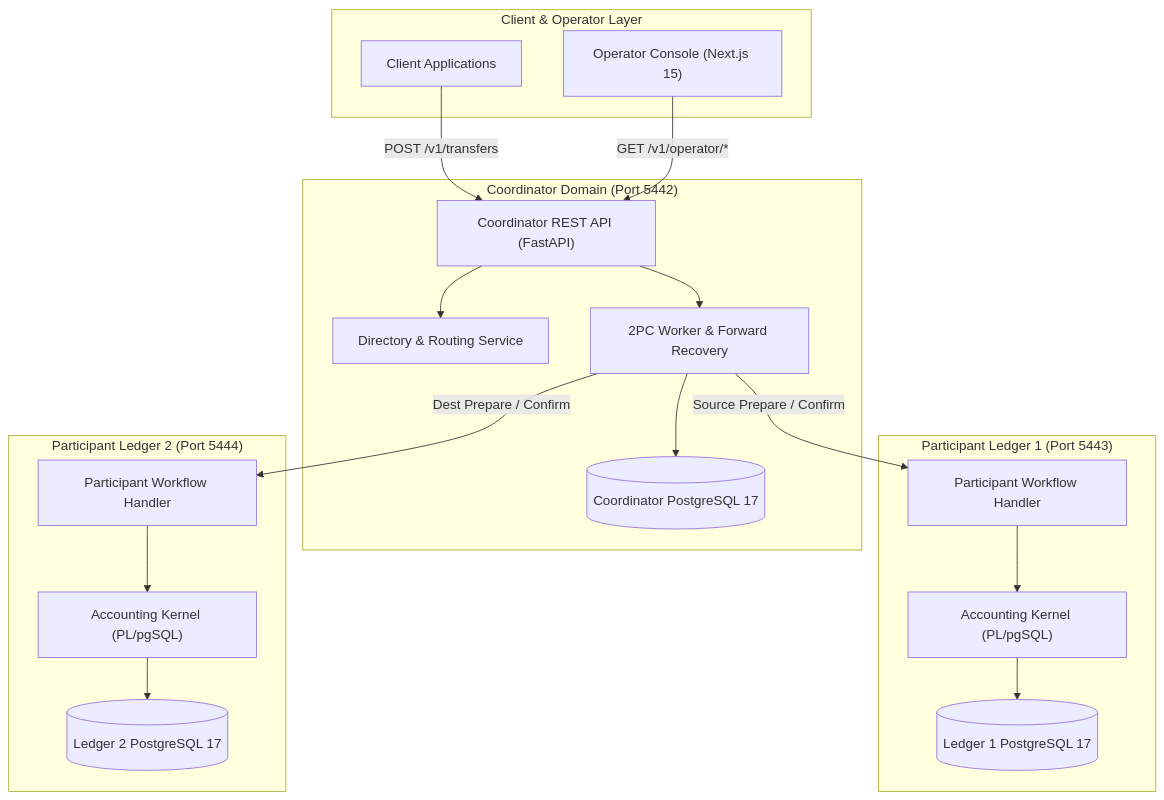
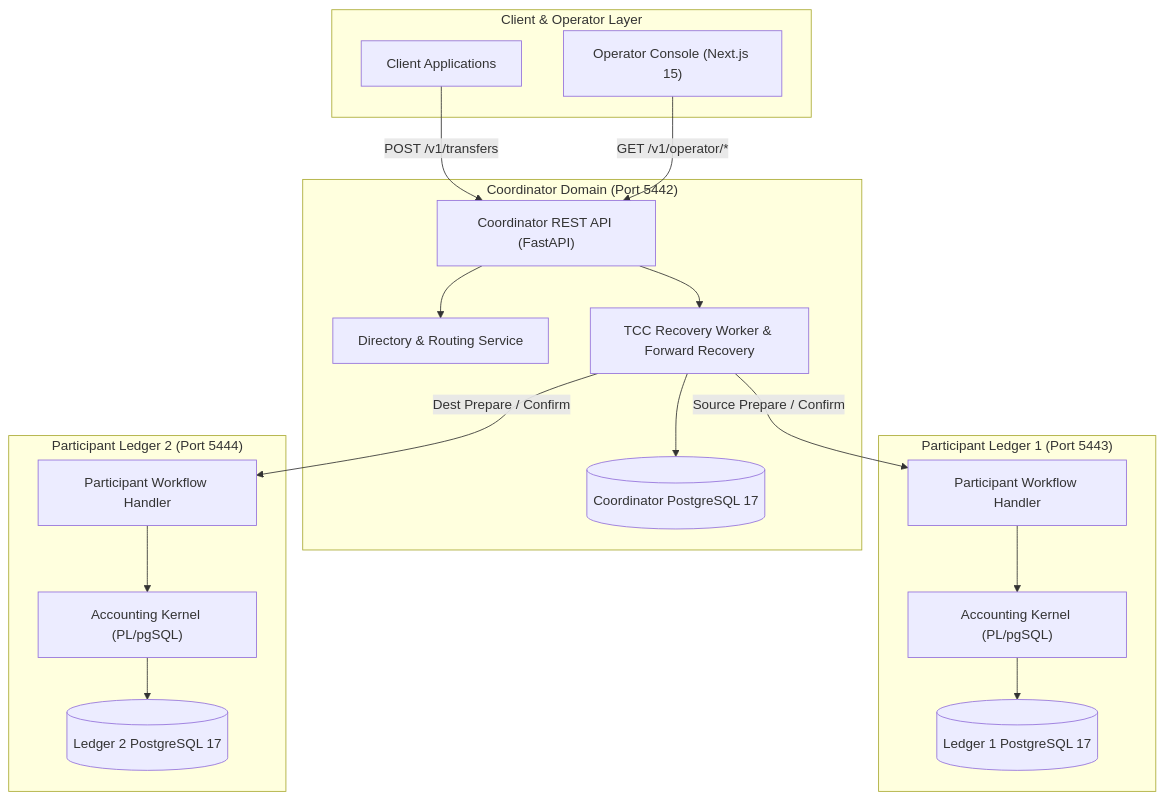
The diagram in docs/architecture/system_architecture.md (simply-mihir/LedgerGuard), drawn with Mermaid before and after one commit. The commit also changed other lines of this file and 16 other files, not shown here.

Commit message:
fix: align TCC terminology and timeline

````diff
--- a/docs/architecture/system_architecture.md
+++ b/docs/architecture/system_architecture.md
@@ -7,39 +7,39 @@
 ```mermaid
 flowchart TB
     subgraph ClientLayer["Client & Operator Layer"]
         User["Client Applications"]
         Operator["Operator Console (Next.js 15)"]
     end
 
     subgraph CoordinatorDomain["Coordinator Domain (Port 5442)"]
         CoordAPI["Coordinator REST API (FastAPI)"]
         DirService["Directory & Routing Service"]
-        Orchestrator["2PC Worker & Forward Recovery"]
+        Orchestrator["TCC Recovery Worker & Forward Recovery"]
         CoordDB[(Coordinator PostgreSQL 17)]
     end
 
     subgraph Ledger1Domain["Participant Ledger 1 (Port 5443)"]
         Kernel1["Accounting Kernel (PL/pgSQL)"]
         Handler1["Participant Workflow Handler"]
         DB1[(Ledger 1 PostgreSQL 17)]
     end
 
     subgraph Ledger2Domain["Participant Ledger 2 (Port 5444)"]
         Kernel2["Accounting Kernel (PL/pgSQL)"]
         Handler2["Participant Workflow Handler"]
         DB2[(Ledger 2 PostgreSQL 17)]
     end
 
     User -->|POST /v1/transfers| CoordAPI
     Operator -->|GET /v1/operator/*| CoordAPI
     CoordAPI --> DirService
     CoordAPI --> Orchestrator
     Orchestrator --> CoordDB
 
     Orchestrator -->|Source Prepare / Confirm| Handler1
     Orchestrator -->|Dest Prepare / Confirm| Handler2
     Handler1 --> Kernel1
     Kernel1 --> DB1
     Handler2 --> Kernel2
     Kernel2 --> DB2
 ```
````
